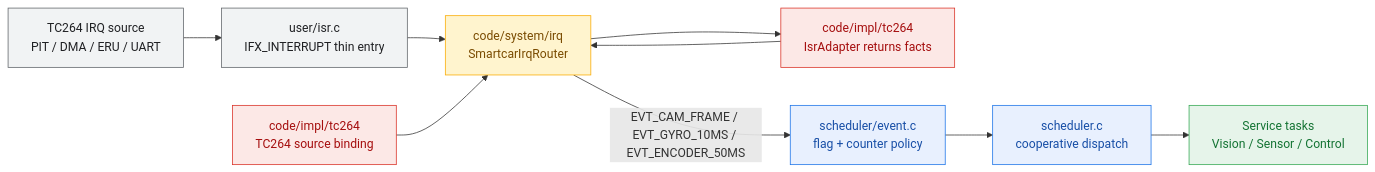
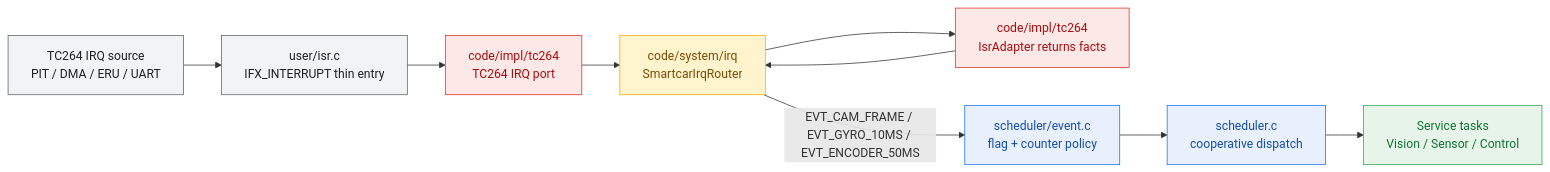
Before and after one commit to ParacosmYy/GS_Smart_car: the second of 2 diagrams in README.md, drawn with Mermaid. The commit also changed other lines of this file and 35 other files, not shown here.

````diff
--- a/README.md
+++ b/README.md
@@ -119,26 +132,26 @@
 ```mermaid
 flowchart LR
     classDef sdk fill:#f1f3f4,stroke:#5f6368,color:#202124
     classDef system fill:#fff4ce,stroke:#f9ab00,color:#7a4b00
     classDef impl fill:#fce8e6,stroke:#d93025,color:#a50e0e
     classDef sched fill:#e8f0fe,stroke:#1a73e8,color:#174ea6
     classDef service fill:#e6f4ea,stroke:#34a853,color:#137333
 
     HW["TC264 IRQ source<br/>PIT / DMA / ERU / UART"]:::sdk
     SDK["user/isr.c<br/>IFX_INTERRUPT thin entry"]:::sdk
-    BINDING["code/impl/tc264<br/>TC264 source binding"]:::impl
+    PORT["code/impl/tc264<br/>TC264 IRQ port"]:::impl
     ROUTER["code/system/irq<br/>SmartcarIrqRouter"]:::system
     ADAPTER["code/impl/tc264<br/>IsrAdapter returns facts"]:::impl
     EVENTS["scheduler/event.c<br/>flag + counter policy"]:::sched
     SCHED["scheduler.c<br/>cooperative dispatch"]:::sched
     TASKS["Service tasks<br/>Vision / Sensor / Control"]:::service
 
     HW --> SDK
-    SDK --> ROUTER
-    BINDING --> ROUTER
+    SDK --> PORT
+    PORT --> ROUTER
     ROUTER --> ADAPTER
     ADAPTER --> ROUTER
     ROUTER -->|EVT_CAM_FRAME / EVT_GYRO_10MS / EVT_ENCODER_50MS| EVENTS
     EVENTS --> SCHED
     SCHED --> TASKS
 ```
````
